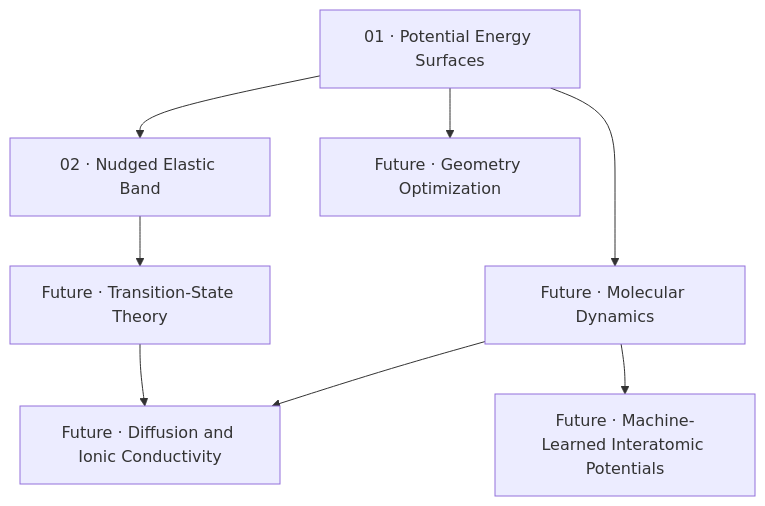
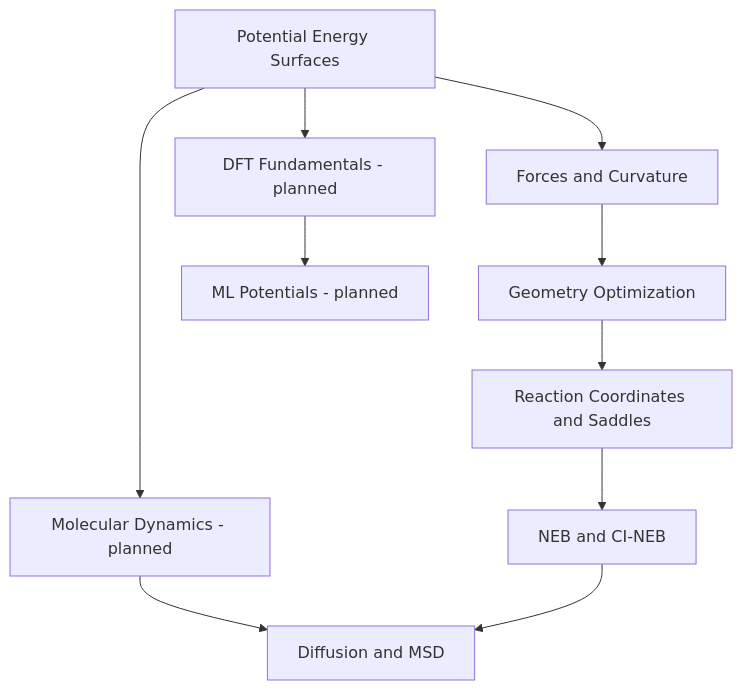
Before and after one commit to Long-Brian-Yang/blog: the diagram in research/computational-materials/README.md, drawn with Mermaid. The commit also changed other lines of this file, not shown here.

Commit message:
docs: expand and reorder materials learning roadmap

````diff
--- a/research/computational-materials/README.md
+++ b/research/computational-materials/README.md
@@ -9,10 +20,12 @@
 ```mermaid
 flowchart TD
-    A[01 · Potential Energy Surfaces] --> B[02 · Nudged Elastic Band]
-    A --> C[Future · Geometry Optimization]
-    A --> D[Future · Molecular Dynamics]
-    B --> E[Future · Transition-State Theory]
-    D --> F[Future · Diffusion and Ionic Conductivity]
-    E --> F
-    D --> G[Future · Machine-Learned Interatomic Potentials]
+    PES[Potential Energy Surfaces] --> FORCES[Forces and Curvature]
+    FORCES --> OPT[Geometry Optimization]
+    OPT --> PATH[Reaction Coordinates and Saddles]
+    PATH --> NEB[NEB and CI-NEB]
+    PES --> MD[Molecular Dynamics - planned]
+    MD --> DIFF[Diffusion and MSD]
+    NEB --> DIFF
+    PES --> DFT[DFT Fundamentals - planned]
+    DFT --> MLIP[ML Potentials - planned]
 ```
````
